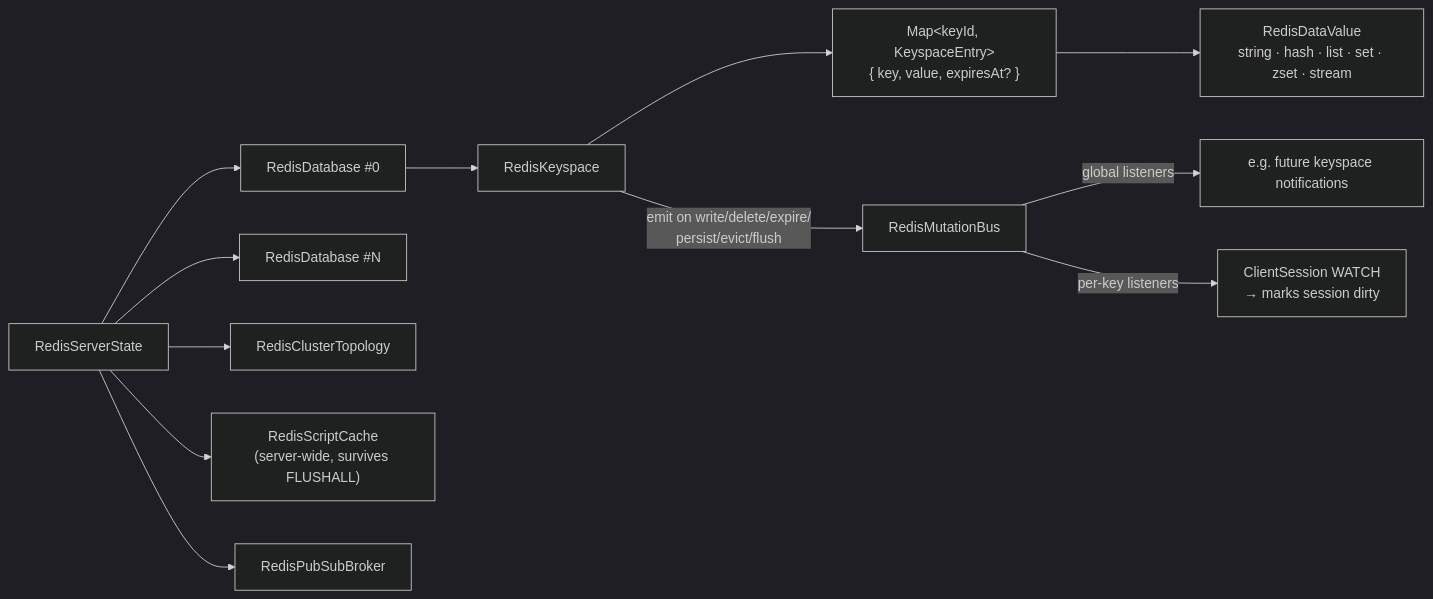
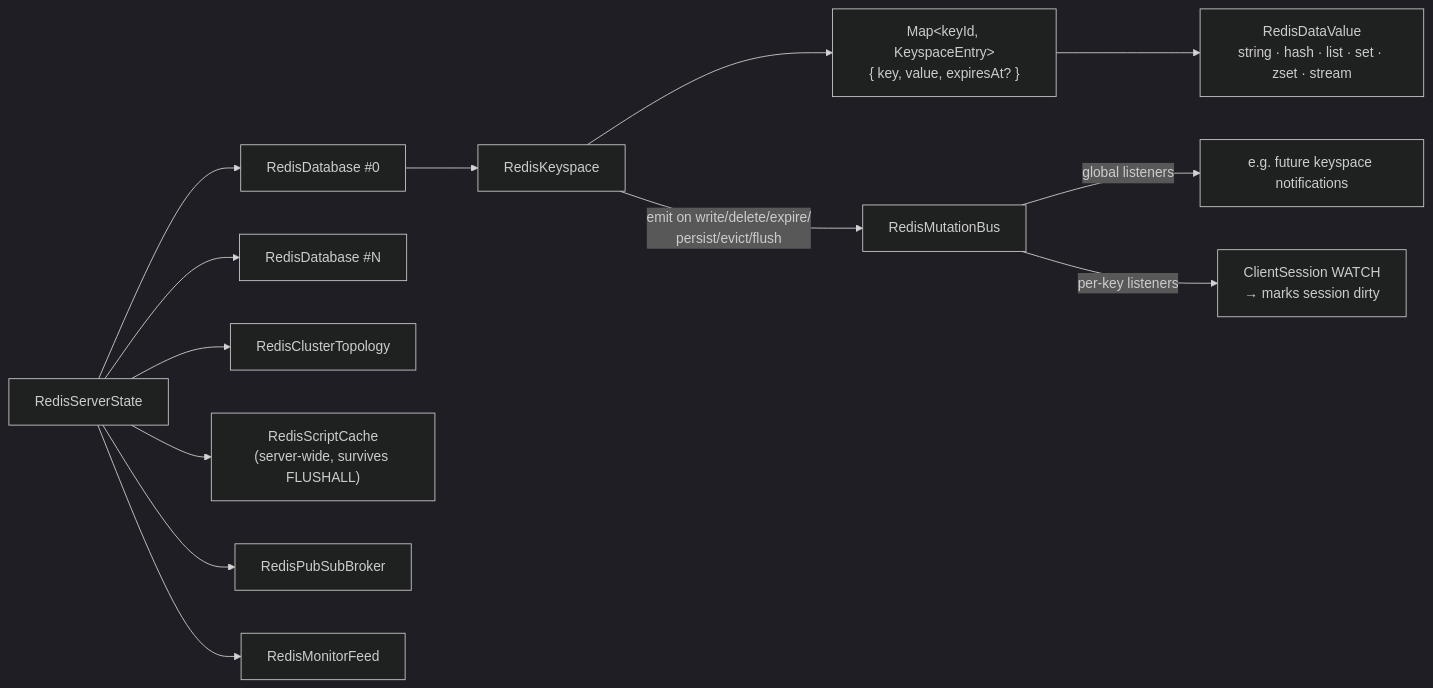
Before and after one commit to fatal10110/js-redis-server: the sixth of 6 diagrams in docs/ARCHITECTURE.md, drawn with Mermaid (dark theme). The commit also changed other lines of this file and 24 other files, not shown here.

````diff
--- a/docs/ARCHITECTURE.md
+++ b/docs/ARCHITECTURE.md
@@ -282,16 +296,17 @@
 ```mermaid
 flowchart LR
     SS[RedisServerState] --> RD0["RedisDatabase #0"]
     SS --> RD1["RedisDatabase #N"]
     SS --> CT[RedisClusterTopology]
     SS --> SCC["RedisScriptCache<br/>(server-wide, survives FLUSHALL)"]
     SS --> PB[RedisPubSubBroker]
+    SS --> MF[RedisMonitorFeed]
 
     RD0 --> KS[RedisKeyspace]
     KS --> ME["Map&lt;keyId, KeyspaceEntry&gt;<br/>{ key, value, expiresAt? }"]
     ME --> DT["RedisDataValue<br/>string · hash · list · set · zset · stream"]
     KS -- "emit on write/delete/expire/<br/>persist/evict/flush" --> MB[RedisMutationBus]
 
     MB -- "global listeners" --> GL["e.g. future keyspace notifications"]
     MB -- "per-key listeners" --> WL["ClientSession WATCH<br/>→ marks session dirty"]
 ```
````
